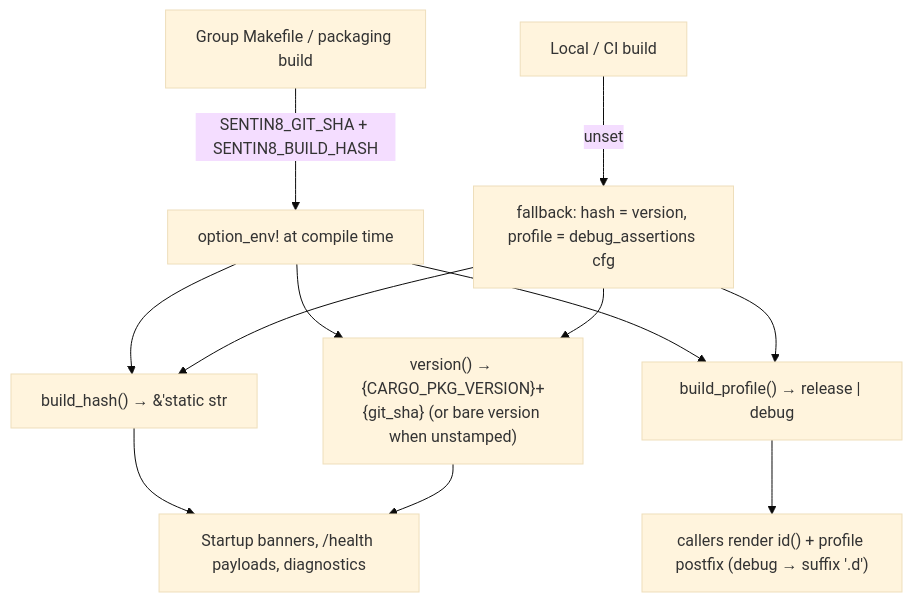
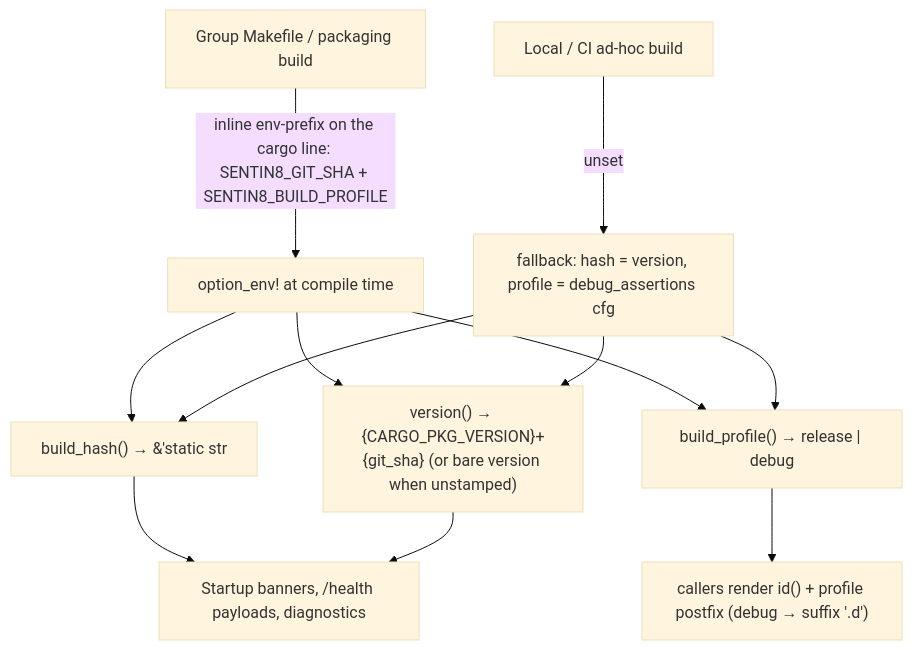
Before and after one commit to Sentin8/sentin8-sdk: the diagram in core/build-info/README.md, drawn with Mermaid (base theme). The commit also changed other lines of this file, not shown here.

Commit message:
STATUSID-1: build-identity delivery — stamp_env inline env-prefix (same-shell cwd-based git rev-parse); health payload carries sentin8::build_info version+build; CLI infra RESP3 INFO decode (VerbatimString)

````diff
--- a/core/build-info/README.md
+++ b/core/build-info/README.md
@@ -30,14 +30,14 @@
 ```mermaid
 graph TD
-    A[Group Makefile / packaging build] -->|"SENTIN8_GIT_SHA + SENTIN8_BUILD_HASH"| C[option_env! at compile time]
-    B[Local / CI build] -->|unset| D["fallback: hash = version, profile = debug_assertions cfg"]
+    A[Group Makefile / packaging build] -->|"inline env-prefix on the cargo line: SENTIN8_GIT_SHA + SENTIN8_BUILD_PROFILE"| C[option_env! at compile time]
+    B[Local / CI ad-hoc build] -->|unset| D["fallback: hash = version, profile = debug_assertions cfg"]
     C --> E["build_hash() → &'static str"]
     D --> E
     C --> V["version() → {CARGO_PKG_VERSION}+{git_sha} (or bare version when unstamped)"]
     D --> V
     C --> P["build_profile() → release | debug"]
     D --> P
     E --> F[Startup banners, /health payloads, diagnostics]
     V --> F
     P --> G["callers render id() + profile postfix (debug → suffix '.d')"]
 ```
````
